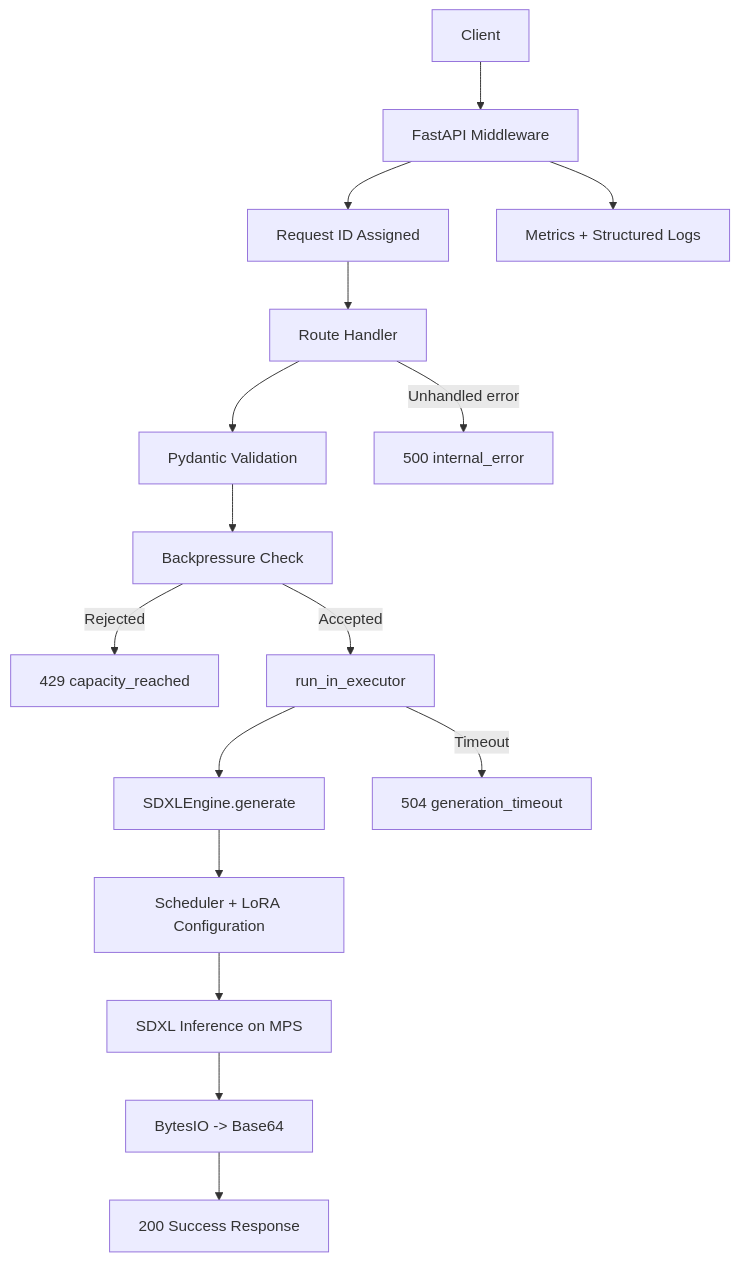
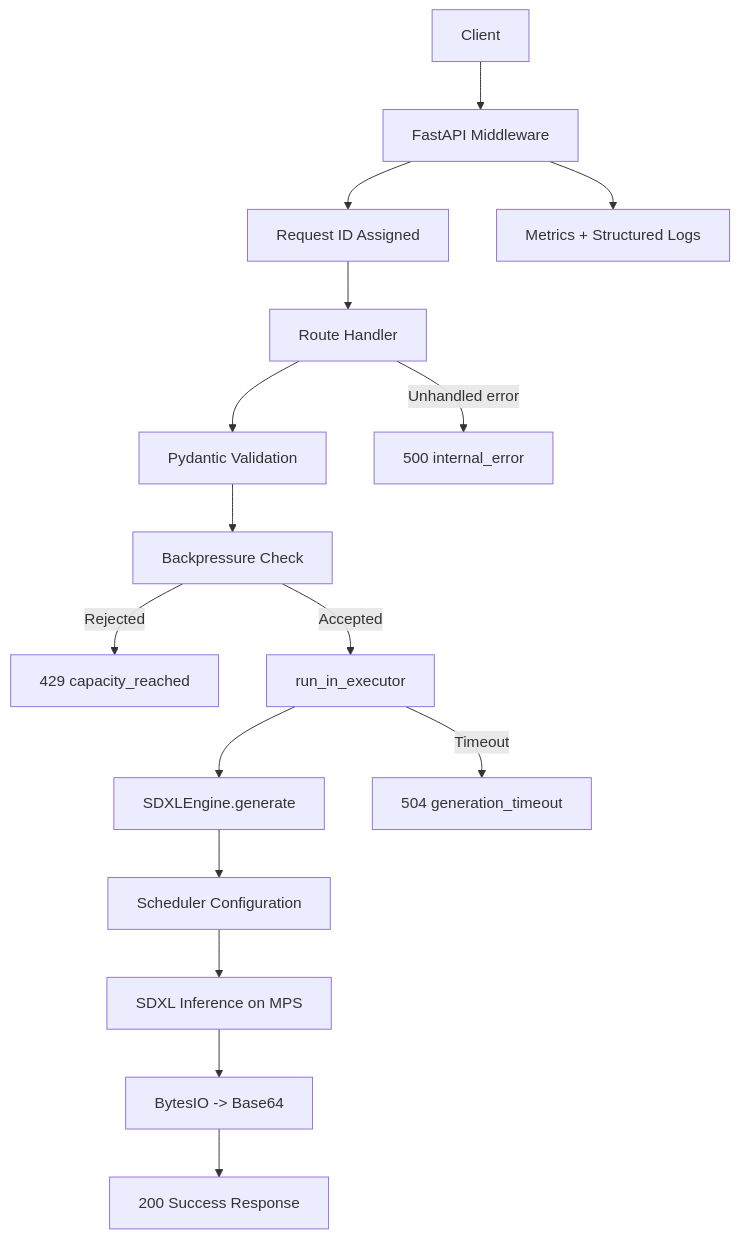
Before and after one commit to kirank93611/vid-gen-sdxl-pipe: the diagram in ARCHITECTURE.md, drawn with Mermaid. The commit also changed other lines of this file and 7 other files, not shown here.

````diff
--- a/ARCHITECTURE.md
+++ b/ARCHITECTURE.md
@@ -66,18 +65,18 @@
 ```mermaid
 flowchart TD
     A["Client"] --> B["FastAPI Middleware"]
     B --> C["Request ID Assigned"]
     C --> D["Route Handler"]
     D --> E["Pydantic Validation"]
     E --> F["Backpressure Check"]
     F -->|Rejected| G["429 capacity_reached"]
     F -->|Accepted| H["run_in_executor"]
     H --> I["SDXLEngine.generate"]
-    I --> J["Scheduler + LoRA Configuration"]
+    I --> J["Scheduler Configuration"]
     J --> K["SDXL Inference on MPS"]
     K --> L["BytesIO -> Base64"]
     L --> M["200 Success Response"]
     H -->|Timeout| N["504 generation_timeout"]
     D -->|Unhandled error| O["500 internal_error"]
     B --> P["Metrics + Structured Logs"]
 ```
````
